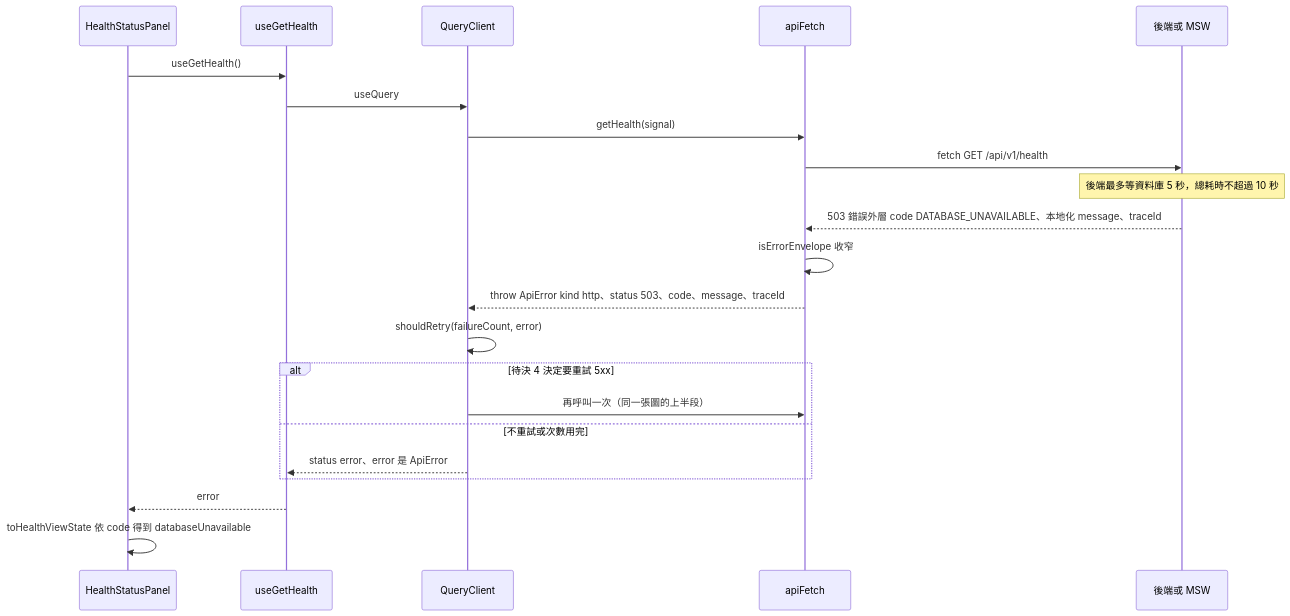
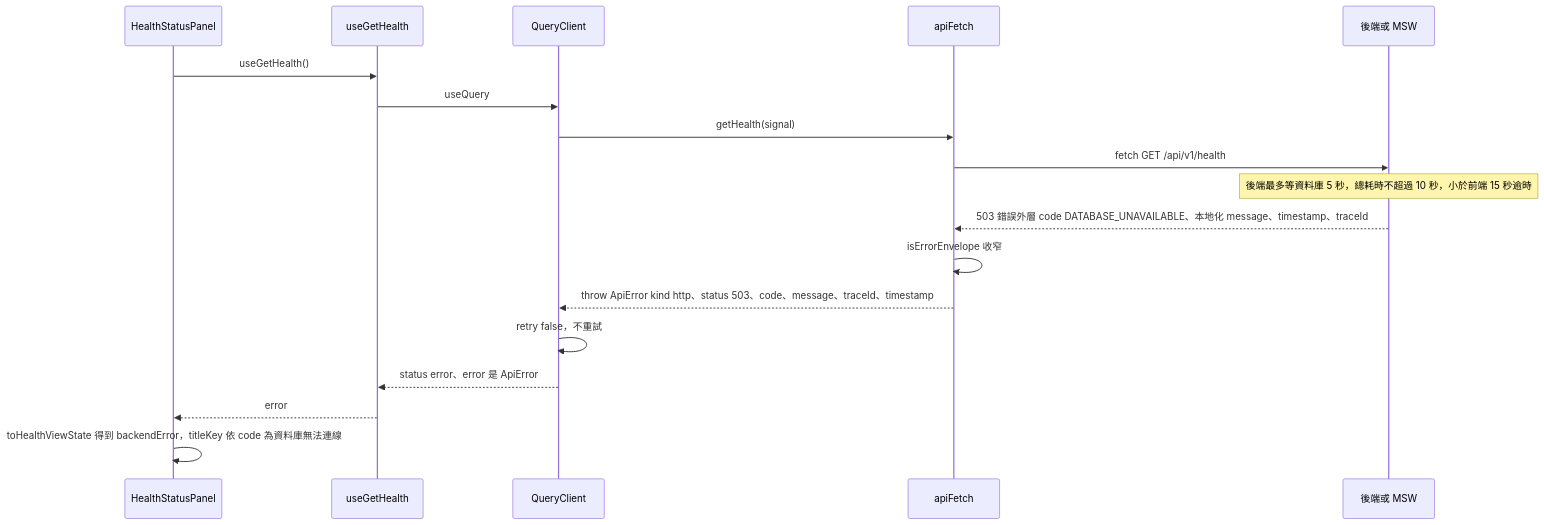
One commit to label-suite/label-suite changed the fourth of 14 diagrams in openspec/changes/frontend-skeleton/system-design.md. Above: the diagram before and after it, drawn with Mermaid. The commit also changed other lines of this file and 4 other files, not shown here.

````diff
--- a/openspec/changes/frontend-skeleton/system-design.md
+++ b/openspec/changes/frontend-skeleton/system-design.md
@@ -539,24 +572,20 @@
 ```mermaid
 sequenceDiagram
   participant Panel as HealthStatusPanel
   participant Hook as useGetHealth
   participant QC as QueryClient
   participant Mut as apiFetch
   participant Net as 後端或 MSW
   Panel->>Hook: useGetHealth()
   Hook->>QC: useQuery
   QC->>Mut: getHealth(signal)
   Mut->>Net: fetch GET /api/v1/health
-  Note over Net: 後端最多等資料庫 5 秒，總耗時不超過 10 秒
-  Net-->>Mut: 503 錯誤外層 code DATABASE_UNAVAILABLE、本地化 message、traceId
+  Note over Net: 後端最多等資料庫 5 秒，總耗時不超過 10 秒，小於前端 15 秒逾時
+  Net-->>Mut: 503 錯誤外層 code DATABASE_UNAVAILABLE、本地化 message、timestamp、traceId
   Mut->>Mut: isErrorEnvelope 收窄
-  Mut-->>QC: throw ApiError kind http、status 503、code、message、traceId
-  QC->>QC: shouldRetry(failureCount, error)
-  alt 待決 4 決定要重試 5xx
-    QC->>Mut: 再呼叫一次（同一張圖的上半段）
-  else 不重試或次數用完
-    QC-->>Hook: status error、error 是 ApiError
-  end
+  Mut-->>QC: throw ApiError kind http、status 503、code、message、traceId、timestamp
+  QC->>QC: retry false，不重試
+  QC-->>Hook: status error、error 是 ApiError
   Hook-->>Panel: error
-  Panel->>Panel: toHealthViewState 依 code 得到 databaseUnavailable
+  Panel->>Panel: toHealthViewState 得到 backendError，titleKey 依 code 為資料庫無法連線
 ```
````
